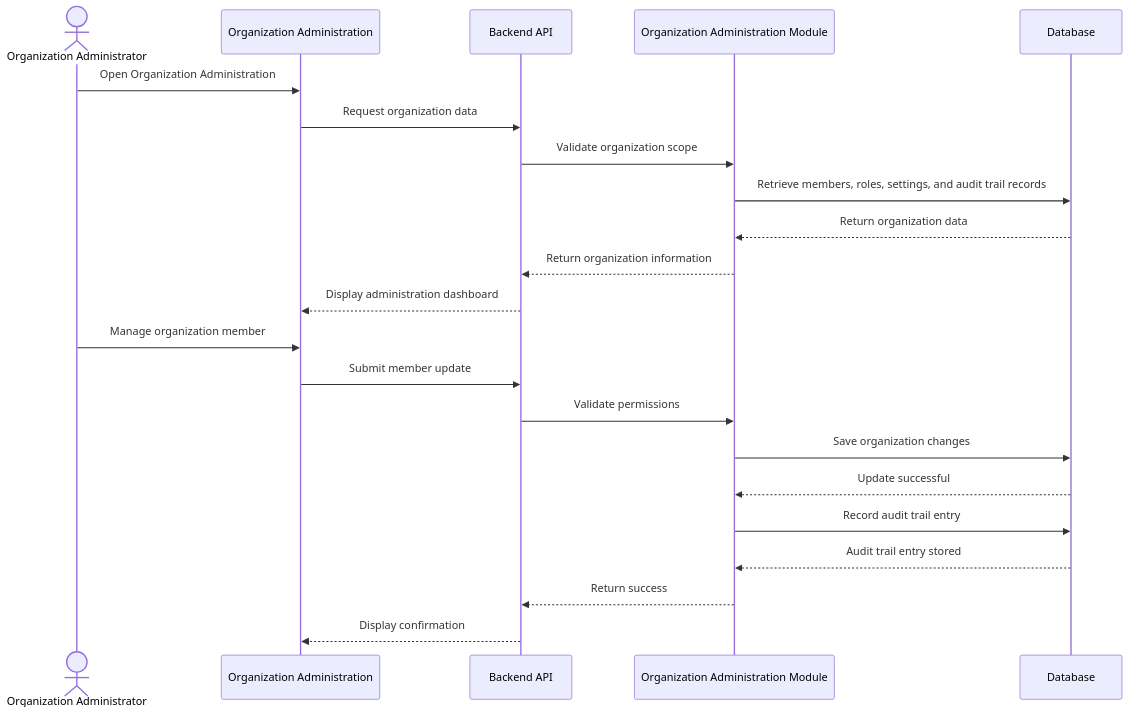
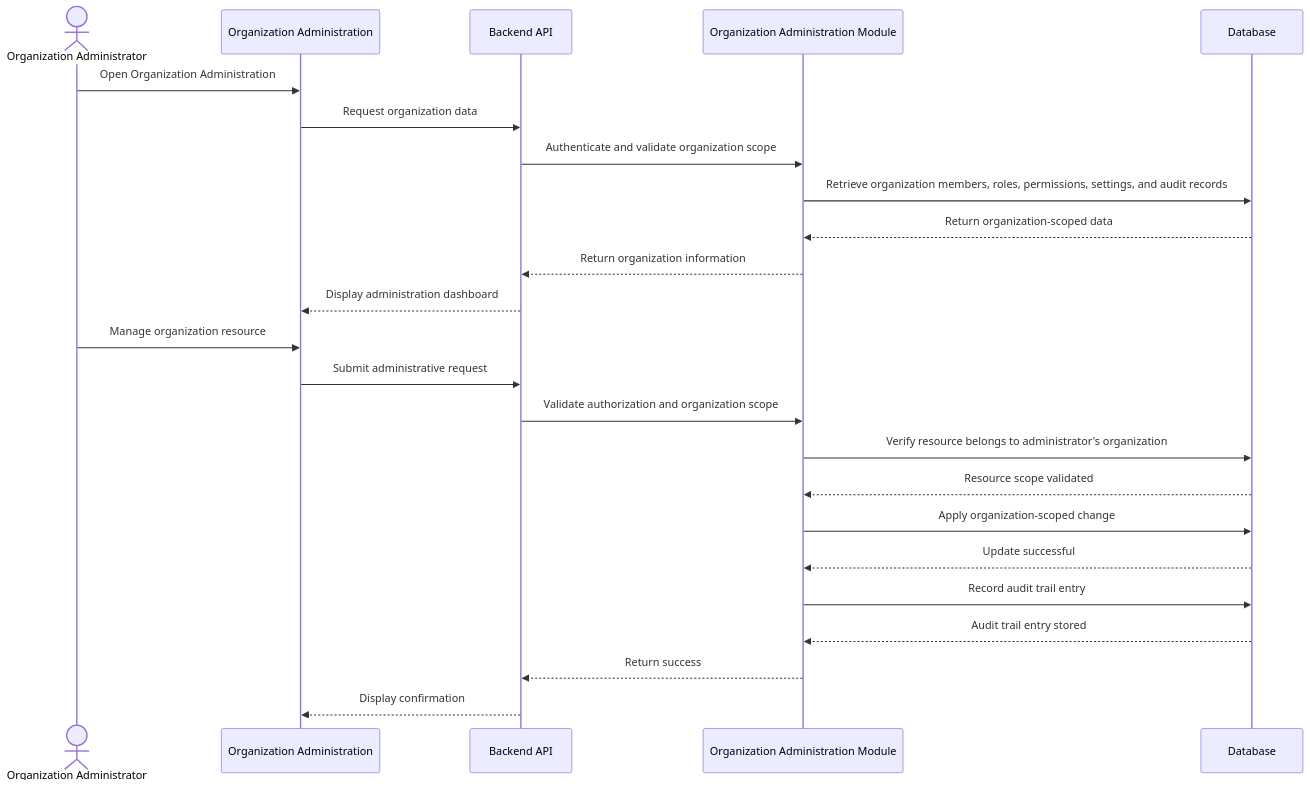
Before and after one commit to Wiii-1/New_LINAW: diagram 11 of 12 in docs/architecture/Low_Level_Design.md, drawn with Mermaid. The commit also changed other lines of this file and 1 other file, not shown here.

Commit message:
docs: update organization administration LLD and API endpoints

````diff
--- a/docs/architecture/Low_Level_Design.md
+++ b/docs/architecture/Low_Level_Design.md
@@ -2485,26 +2550,31 @@
 ```mermaid
 sequenceDiagram
     actor Admin as Organization Administrator
     participant UI as Organization Administration
     participant API as Backend API
     participant ORG as Organization Administration Module
     participant DB as Database
 
     Admin->>UI: Open Organization Administration
     UI->>API: Request organization data
-    API->>ORG: Validate organization scope
-    ORG->>DB: Retrieve members, roles, settings, and audit trail records
-    DB-->>ORG: Return organization data
+    API->>ORG: Authenticate and validate organization scope
+    ORG->>DB: Retrieve organization members, roles, permissions, settings, and audit records
+    DB-->>ORG: Return organization-scoped data
     ORG-->>API: Return organization information
     API-->>UI: Display administration dashboard
 
-    Admin->>UI: Manage organization member
-    UI->>API: Submit member update
-    API->>ORG: Validate permissions
-    ORG->>DB: Save organization changes
+    Admin->>UI: Manage organization resource
+    UI->>API: Submit administrative request
+    API->>ORG: Validate authorization and organization scope
+    ORG->>DB: Verify resource belongs to administrator's organization
+    DB-->>ORG: Resource scope validated
+
+    ORG->>DB: Apply organization-scoped change
     DB-->>ORG: Update successful
+
     ORG->>DB: Record audit trail entry
     DB-->>ORG: Audit trail entry stored
+
     ORG-->>API: Return success
     API-->>UI: Display confirmation
 ```
````
